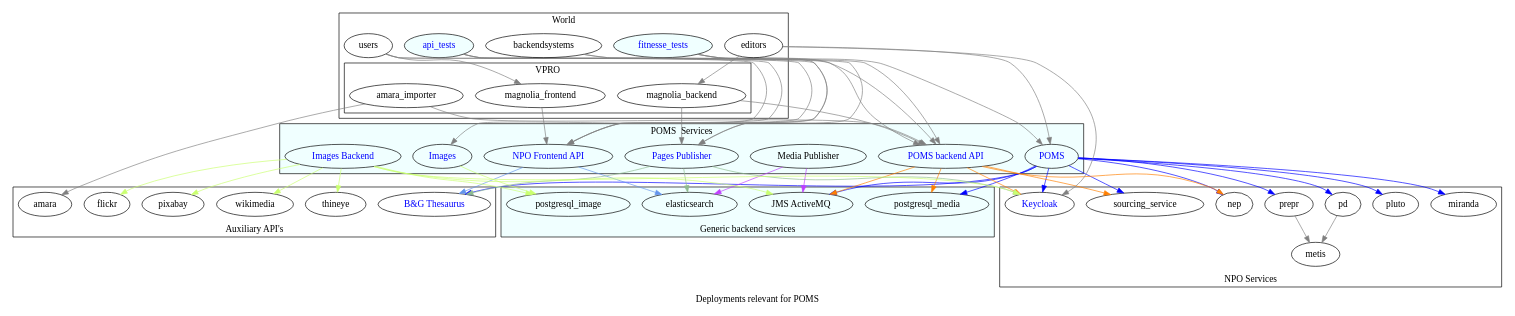
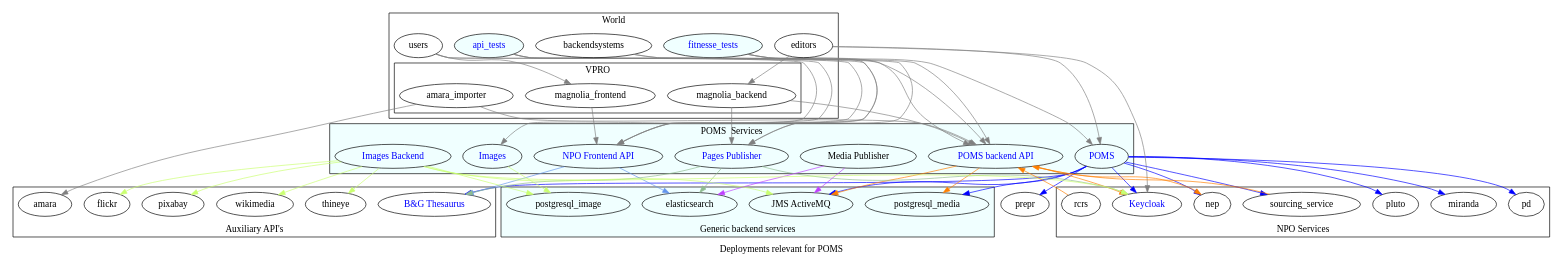
One commit to npo-poms/poms-parent changed the diagram in poms-deployment.dot. Above: the diagram before and after it, drawn with Graphviz.

Commit message:
update picture a bit. prepr replaced by rcrs, metis dropped

```diff
--- a/poms-deployment.dot
+++ b/poms-deployment.dot
@@ -1,193 +1,195 @@
 digraph poms_universe {
 
     label="Deployments relevant for POMS"
     edge [
       color=gray
     ]
 
     poms [ label="POMS" href="https://poms.omroep.nl/" fontcolor=blue ]
     poms_backend [ label="POMS backend API" href="https://api.poms.omroep.nl/" fontcolor=blue ]
     api [ label = "NPO Frontend API" href="https://rs.poms.omroep.nl/" fontcolor=blue ]
     pages_publish [ label = "Pages Publisher"     href="https://publish.pages.omroep.nl/" fontcolor=blue ]
     media_publish [ label = "Media Publisher" ]
     images_frontend [ label = "Images" href="https://images.poms.omroep.nl" fontcolor=blue]
     images_backend [ label = "Images Backend" href="https://poms.omroep.nl/images/" fontcolor=blue ]
     gtaa [ label ="B&G Thesaurus"  href="http://gtaa.beeldengeluid.nl/" fontcolor=blue]
     thineye
     api_tests [
        fillcolor=azure
        style=filled
        href="https://git.vpro.nl/npo/test/api-tests/pipelines"
        fontcolor="blue"
     ]
 
     fitnesse_tests [
        fillcolor=azure
        style=filled
        href="https://jenkins.vpro.nl/view/POMS/job/POMS-Fitnesse-Tests/"
        fontcolor="blue"
     ]
 
     subgraph cluster_0  {
       label="Generic backend services"
       labelloc=b
       bgcolor=azure
       postgresql_media
       postgresql_image
       elasticsearch
       jms [ label = "JMS ActiveMQ" ]
     }
 
 
 subgraph cluster_3  {
   label="World"
   users
   backendsystems
   editors
   api_tests
   fitnesse_tests
 subgraph cluster_2  {
   label="VPRO"
   magnolia_frontend
   magnolia_backend
   amara_importer
 }
 
 }
 subgraph cluster_4  {
   label="POMS  Services"
   bgcolor=azure
   poms
   poms_backend
   pages_publish
   media_publish
   api
   images_frontend
   images_backend
 }
 
 subgraph cluster_5  {
   label="NPO Services"
   labelloc=b
-  metis
   pd
-  prepr
+  rcrs
   miranda
   pluto
   nep
   sourcing_service
   keycloak [ label = "Keycloak" href="https://ident.poms.omroep.nl/auth/" fontcolor=blue]
 }
 
 subgraph cluster_6 {
   label="Auxiliary API's"
   labelloc=b
   gtaa
   thineye
   wikimedia
   pixabay
   flickr
   amara
 }
 
 editors -> {
   magnolia_backend
   poms
   keycloak
 }
 
 users -> {
   magnolia_frontend
   api
   images_frontend
 }
 
 backendsystems -> {
   poms_backend
   pages_publish
 }
 
 poms -> {
   postgresql_media
   jms
   keycloak
   miranda
   prepr
   pd
   pluto
   nep
   sourcing_service
   gtaa
 }[color=blue]
 
 poms_backend -> {
   postgresql_media
   jms
   nep
-  sourcing_service
   keycloak
+}[color=darkorange1]
+
+sourcing_service -> {
+  poms_backend
+}[color=darkorange1]
+
+rcrs -> {
+  poms_backend
 }[color=darkorange1]
 
 api -> {
   elasticsearch
   gtaa
 }[color=cornflowerblue]
 
 pages_publish-> {
   elasticsearch
   keycloak
   gtaa
 }[color=darkseagreen]
 
 media_publish -> {
   elasticsearch
   jms
 }[color=darkorchid1]
 
 
 images_frontend -> {
   postgresql_image
 }[color=darkolivegreen1]
 
 images_backend -> {
   postgresql_image
   jms
   keycloak
   thineye
   wikimedia
   pixabay
   flickr
 }[color=darkolivegreen1]
 
 magnolia_backend -> {
   poms_backend
   pages_publish
 }
 
 magnolia_frontend -> {
   api
 }
 
-prepr -> metis
-pd -> metis
-
-
 api_tests -> {
   poms_backend
   pages_publish
   api
 }
 
 fitnesse_tests -> {
   poms_backend
   poms
   api
 }
 
 
 amara_importer -> {
   poms_backend
   amara
 }
 
 }
```
